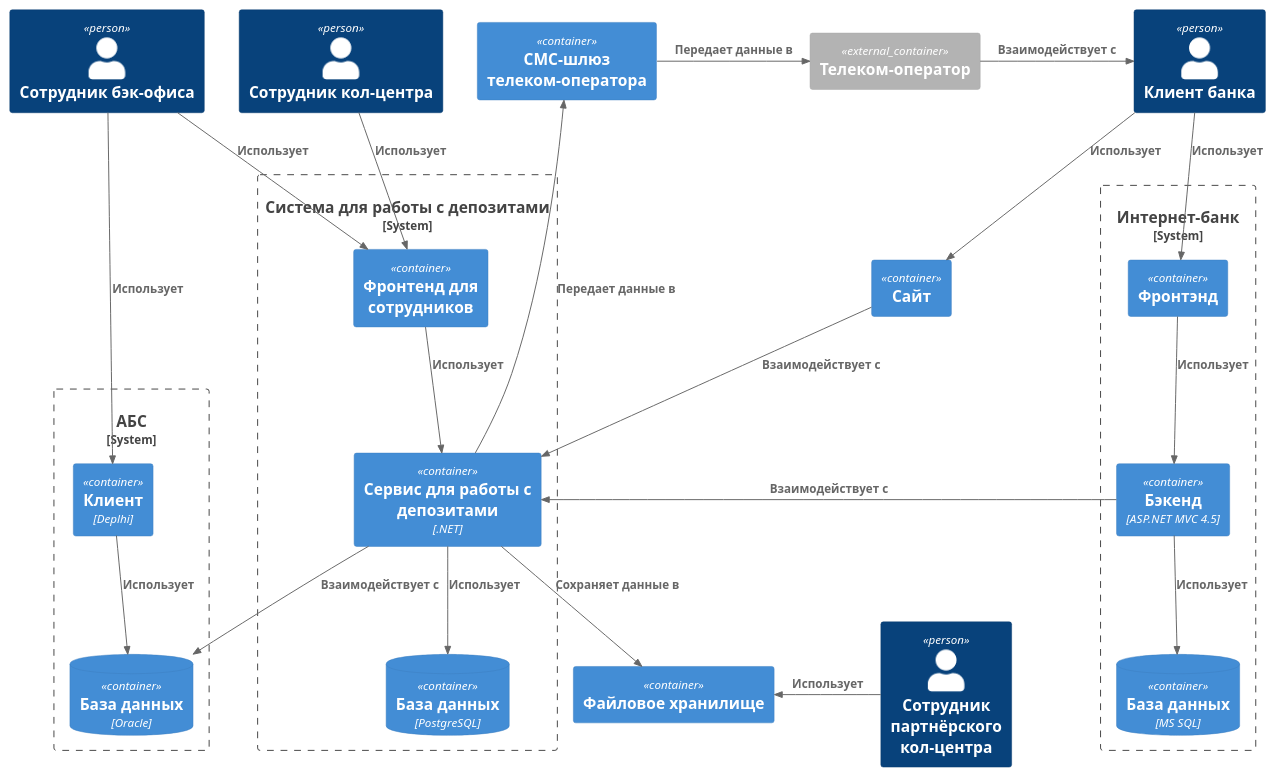
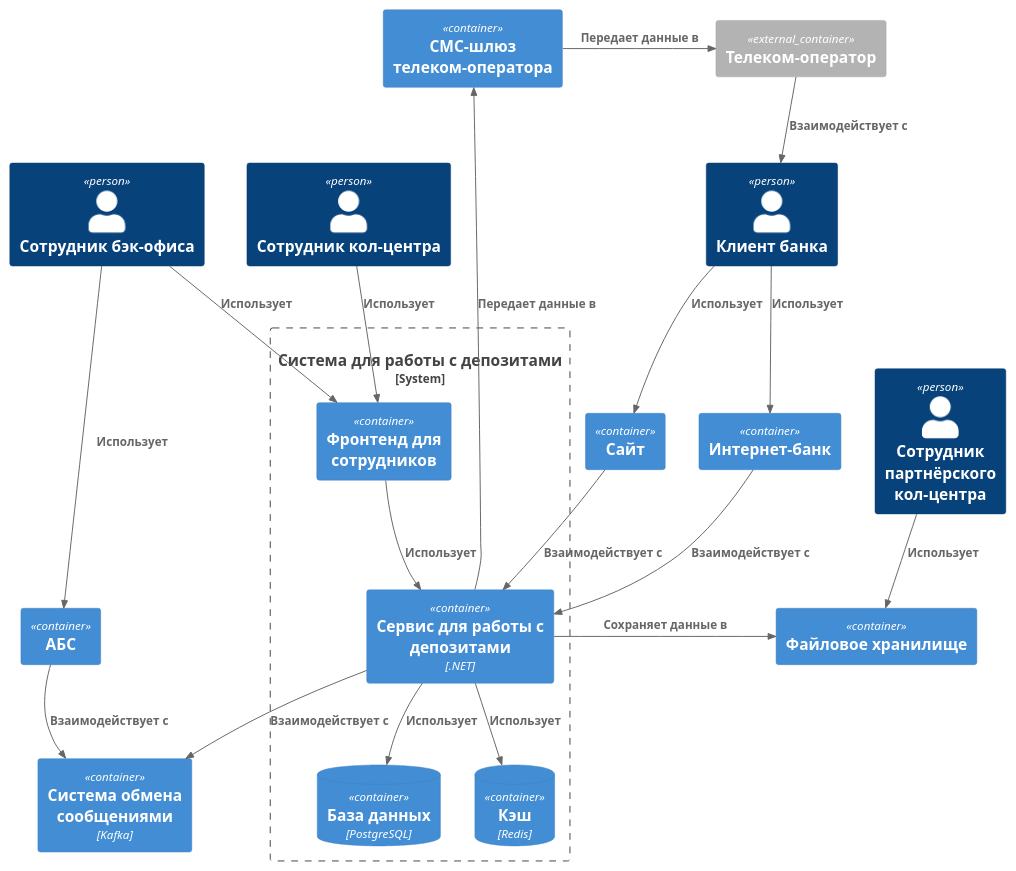
One commit to vsevolod-nikitin/yandex-practicum-architecture-pro-standart changed the diagram in Task4/Containers.puml. Above: the diagram before and after it, drawn with PlantUML. The commit also changed 5 other files, not shown here.

Commit message:
Изменение схем заданий 3, 4

```diff
--- a/Task4/Containers.puml
+++ b/Task4/Containers.puml
@@ -1,60 +1,52 @@
 @startuml Containers
 !include https://raw.githubusercontent.com/plantuml-stdlib/C4-PlantUML/master/C4_Container.puml
 
 Person(client, "Клиент банка")
 Person(backEmployee, "Сотрудник бэк-офиса")
 Person(callerEmployee, "Сотрудник кол-центра")
 Person(externalPartnerEmployee, "Сотрудник партнёрского кол-центра")
 
 Container(website, "Сайт")
-
-System_Boundary(internetBankSystem, "Интернет-банк"){
-    Container(internetBankFrontend, "Фронтэнд")
-    Container(internetBank, "Бэкенд", "ASP.NET MVC 4.5")
-    ContainerDb(internetBankDb, "База данных", "MS SQL")
-}
-
-System_Boundary(absSystem, "АБС"){
-    Container(abs, "Клиент", "Deplhi")
-    ContainerDb(absDb, "База данных", "Oracle")
-}
+Container(internetBank, "Интернет-банк")
+Container(absSystem, "АБС")
 
 System_Boundary(depositSystem, "Система для работы с депозитами"){
     Container(depositServiceFrontend, "Фронтенд для сотрудников")
     Container(depositService, "Сервис для работы с депозитами", ".NET")
     ContainerDb(depositServiceDb, "База данных", "PostgreSQL")
+    ContainerDb(depositCache, "Кэш", "Redis")
 }
 
 Container(smsGateway, "СМС-шлюз телеком-оператора")
 Container(fileArchive, "Файловое хранилище")
+Container(messageBroker, "Система обмена сообщениями", "Kafka")
 
 Container_Ext(telecomOperator, "Телеком-оператор")
 
-Rel(client, internetBankFrontend, "Использует")
+Rel(client, internetBank, "Использует")
 Rel(client, website, "Использует")
 
 Rel(backEmployee, depositServiceFrontend, "Использует")
-Rel(backEmployee, abs, "Использует")
+Rel(backEmployee, absSystem, "Использует")
 Rel(callerEmployee, depositServiceFrontend, "Использует")
 
 Rel(internetBank, depositService, "Взаимодействует с")
 Rel(website, depositService, "Взаимодействует с")
 
-Rel_R(depositService, smsGateway, "Передает данные в")
-Rel(depositService, absDb, "Взаимодействует с")
+Rel(depositService, smsGateway, "Передает данные в")
 Rel(depositService, depositServiceDb, "Использует")
+Rel(depositService, depositCache, "Использует")
 Rel(depositServiceFrontend, depositService, "Использует")
 
 Rel_R(smsGateway, telecomOperator, "Передает данные в")
-Rel_R(telecomOperator, client, "Взаимодействует с")
+Rel(telecomOperator, client, "Взаимодействует с")
 
-Rel(internetBankFrontend, internetBank, "Использует")
-Rel(internetBank, internetBankDb, "Использует")
+Rel_R(depositService, fileArchive, "Сохраняет данные в")
+Rel(externalPartnerEmployee, fileArchive, "Использует")
 
-Rel(abs, absDb, "Использует")
-Rel_D(depositService, fileArchive, "Сохраняет данные в")
-Rel_L(externalPartnerEmployee, fileArchive, "Использует")
+Rel(absSystem, messageBroker, "Взаимодействует с")
+Rel(depositService, messageBroker, "Взаимодействует с")
 
 LAYOUT_TOP_DOWN()
 
 @enduml
```
